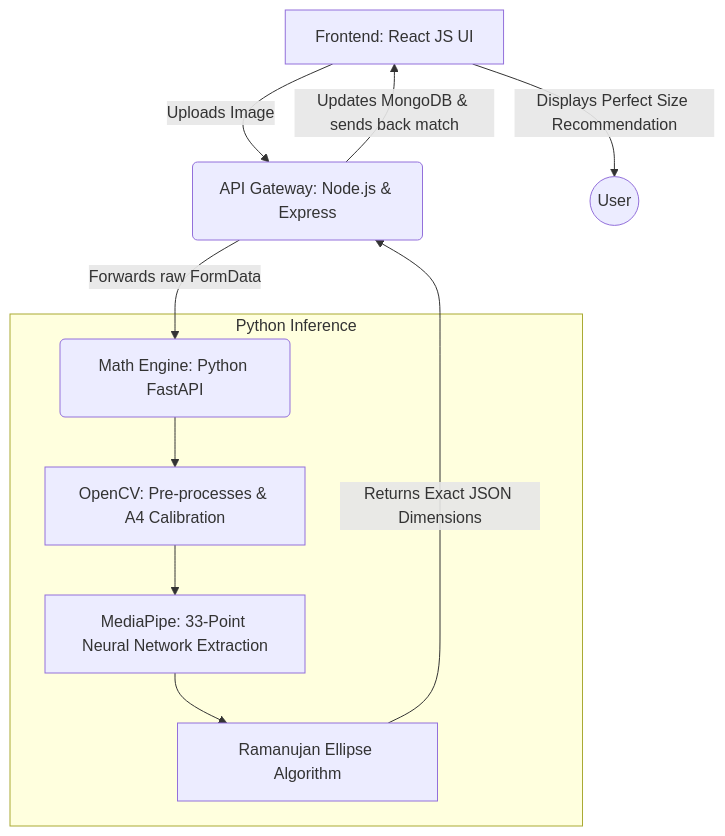
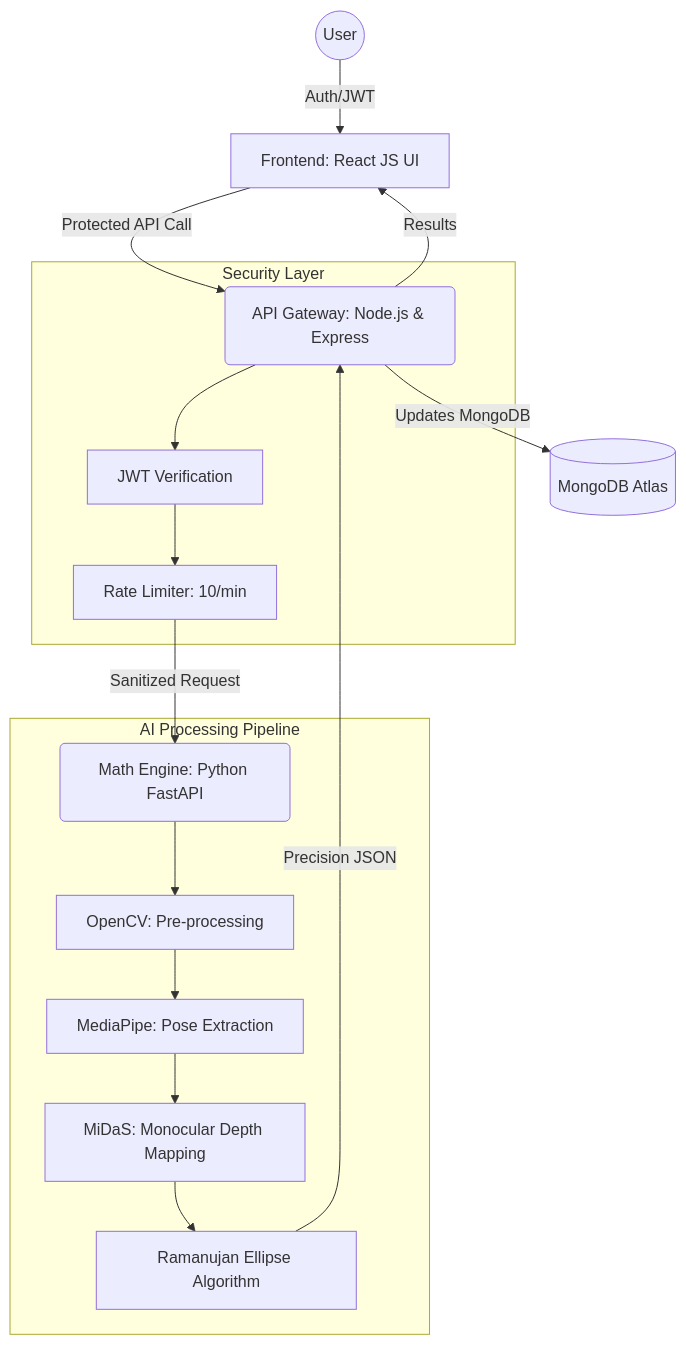
One commit to quantumNexus0/AI_Body_Measurement_System_for_Fashion_Technology changed the first of 2 diagrams in README.md. Above: the diagram before and after it, drawn with Mermaid. The commit also changed other lines of this file, not shown here.

Commit message:
docs: document MiDaS depth, JWT security, and weighted triangulation

````diff
--- a/README.md
+++ b/README.md
@@ -63,15 +65,23 @@
 ```mermaid
 graph TD
-    UI[Frontend: React JS UI] -->|Uploads Image| Node(API Gateway: Node.js & Express)
-    Node -->|Forwards raw FormData| Python(Math Engine: Python FastAPI)
+    User((User)) -->|Auth/JWT| UI[Frontend: React JS UI]
+    UI -->|Protected API Call| Node(API Gateway: Node.js & Express)
     
-    subgraph Python Inference
-        Python --> CV[OpenCV: Pre-processes & A4 Calibration]
-        CV --> MP[MediaPipe: 33-Point Neural Network Extraction]
-        MP --> Math[Ramanujan Ellipse Algorithm]
+    subgraph Security Layer
+        Node --> Auth[JWT Verification]
+        Auth --> Limit[Rate Limiter: 10/min]
     end
     
-    Math -->|Returns Exact JSON Dimensions| Node
-    Node -->|Updates MongoDB & sends back match| UI
-    UI -->|Displays Perfect Size Recommendation| User((User))
+    Limit -->|Sanitized Request| Python(Math Engine: Python FastAPI)
+    
+    subgraph AI Processing Pipeline
+        Python --> CV[OpenCV: Pre-processing]
+        CV --> MP[MediaPipe: Pose Extraction]
+        MP --> Depth[MiDaS: Monocular Depth Mapping]
+        Depth --> Math[Ramanujan Ellipse Algorithm]
+    end
+    
+    Math -->|Precision JSON| Node
+    Node -->|Updates MongoDB| DB[(MongoDB Atlas)]
+    Node -->|Results| UI
 ```
````
